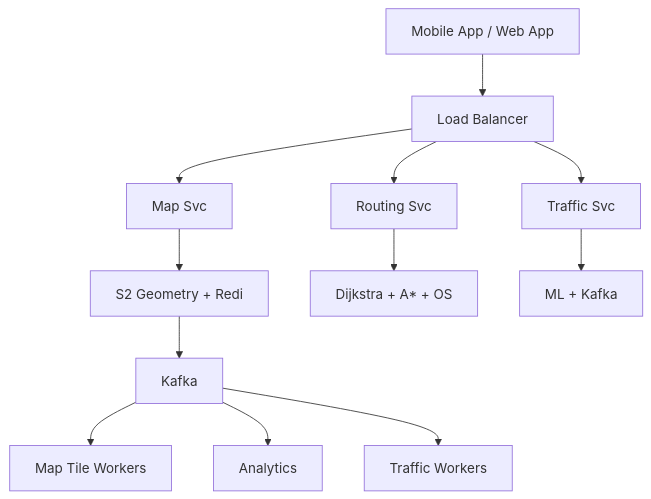
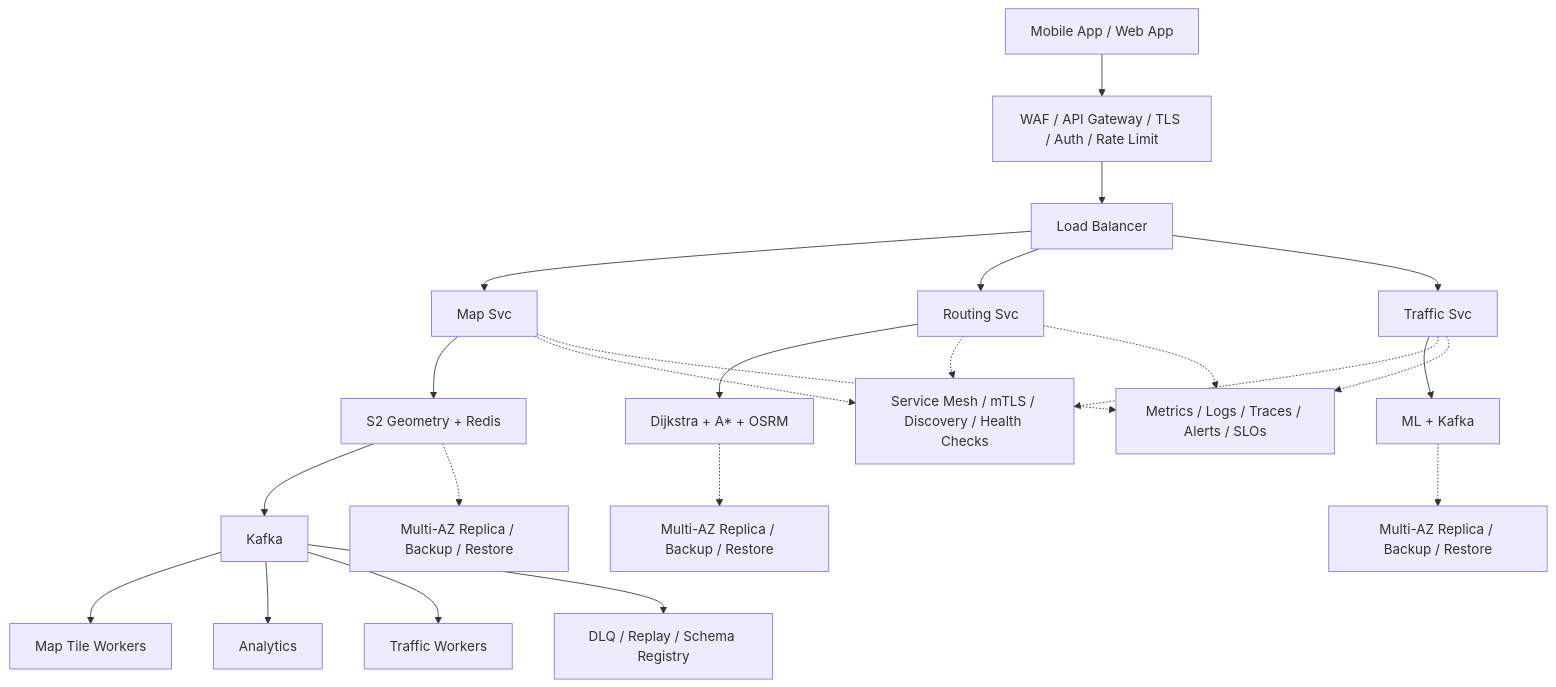
One commit to aishwary11/system-design changed the diagram in system-design-google-maps.md. Above: the diagram before and after it, drawn with Mermaid. The commit also changed 31 other files, not shown here.

Commit message:
Add production-grade architecture details

````diff
--- a/system-design-google-maps.md
+++ b/system-design-google-maps.md
@@ -45,14 +45,25 @@
 ```mermaid
 flowchart TB
-    clients["Mobile App / Web App"] --> lb["Load Balancer"]
+    clients["Mobile App / Web App"] --> edge["WAF / API Gateway / TLS / Auth / Rate Limit"]
+    edge --> lb["Load Balancer"]
     lb --> svc0["Map Svc"]
     lb --> svc1["Routing Svc"]
     lb --> svc2["Traffic Svc"]
-    svc0 --> store0["S2 Geometry + Redi"]
-    svc1 --> store1["Dijkstra + A* + OS"]
+    svc0 --> store0["S2 Geometry + Redis"]
+    svc1 --> store1["Dijkstra + A* + OSRM"]
     svc2 --> store2["ML + Kafka"]
     store0 --> stream["Kafka"]
     stream --> worker0["Map Tile Workers"]
     stream --> worker1["Analytics"]
     stream --> worker2["Traffic Workers"]
+    svc0 -.-> platform["Service Mesh / mTLS / Discovery / Health Checks"]
+    svc1 -.-> platform
+    svc2 -.-> platform
+    store0 -.-> backup0["Multi-AZ Replica / Backup / Restore"]
+    store1 -.-> backup1["Multi-AZ Replica / Backup / Restore"]
+    store2 -.-> backup2["Multi-AZ Replica / Backup / Restore"]
+    stream --> dlq["DLQ / Replay / Schema Registry"]
+    svc0 -.-> ops["Metrics / Logs / Traces / Alerts / SLOs"]
+    svc1 -.-> ops
+    svc2 -.-> ops
 ```
````
